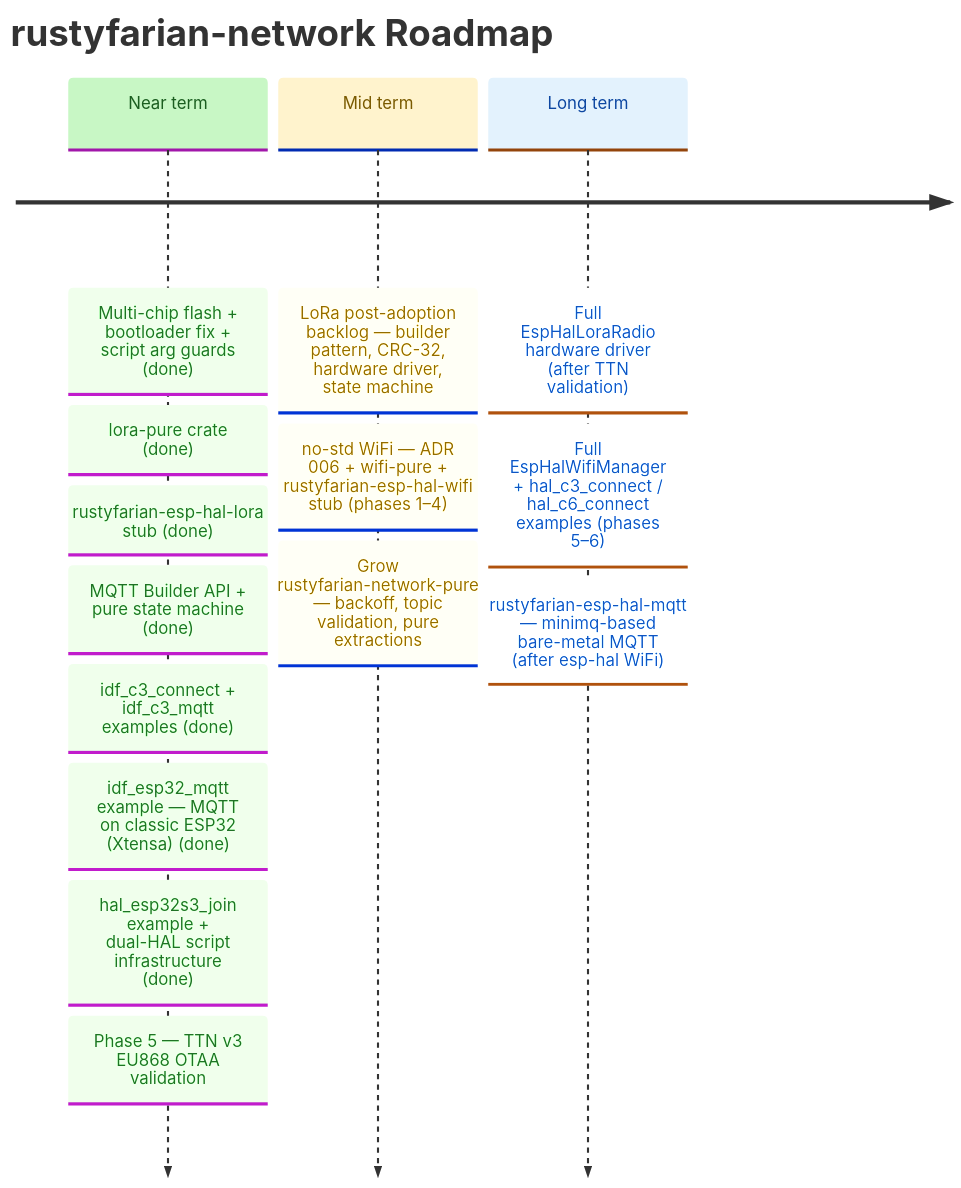
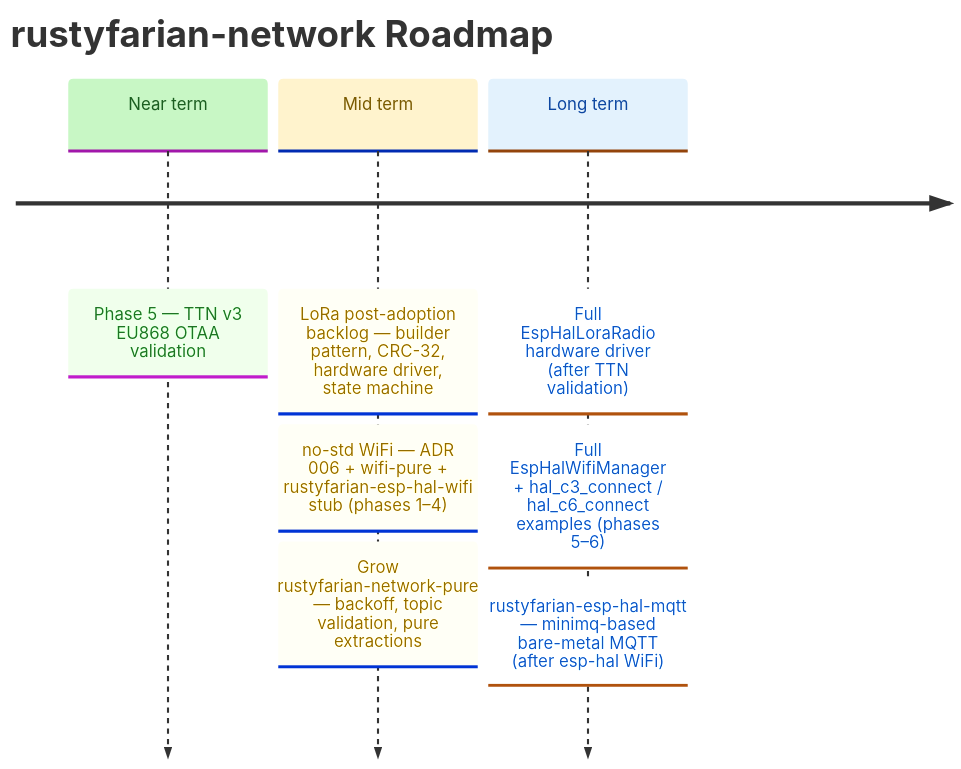
Before and after one commit to datenkollektiv/rustyfarian-network: the diagram in docs/ROADMAP.md, drawn with Mermaid. The commit also changed other lines of this file and 4 other files, not shown here.

````diff
--- a/docs/ROADMAP.md
+++ b/docs/ROADMAP.md
@@ -9,33 +9,26 @@
 ```mermaid
 %%{init: {
   "theme": "base",
   "themeVariables": {
     "cScale0": "#c8f7c5",
     "cScaleLabel0": "#1b5e20",
     "cScale1": "#fff3cd",
     "cScaleLabel1": "#7a5a00",
     "cScale2": "#e3f2fd",
     "cScaleLabel2": "#0d47a1"
   }
 }}%%
 
 timeline
     title rustyfarian-network Roadmap
 
-    Near term : Multi-chip flash + bootloader fix + script arg guards (done)
-              : lora-pure crate (done)
-              : rustyfarian-esp-hal-lora stub (done)
-              : MQTT Builder API + pure state machine (done)
-              : idf_c3_connect + idf_c3_mqtt examples (done)
-              : idf_esp32_mqtt example — MQTT on classic ESP32 (Xtensa) (done)
-              : hal_esp32s3_join example + dual-HAL script infrastructure (done)
-              : Phase 5 — TTN v3 EU868 OTAA validation
+    Near term : Phase 5 — TTN v3 EU868 OTAA validation
 
     Mid term  : LoRa post-adoption backlog — builder pattern, CRC-32, hardware driver, state machine
               : no-std WiFi — ADR 006 + wifi-pure + rustyfarian-esp-hal-wifi stub (phases 1–4)
               : Grow rustyfarian-network-pure — backoff, topic validation, pure extractions
 
     Long term : Full EspHalLoraRadio hardware driver (after TTN validation)
               : Full EspHalWifiManager + hal_c3_connect / hal_c6_connect examples (phases 5–6)
               : rustyfarian-esp-hal-mqtt — minimq-based bare-metal MQTT (after esp-hal WiFi)
 ```
````
